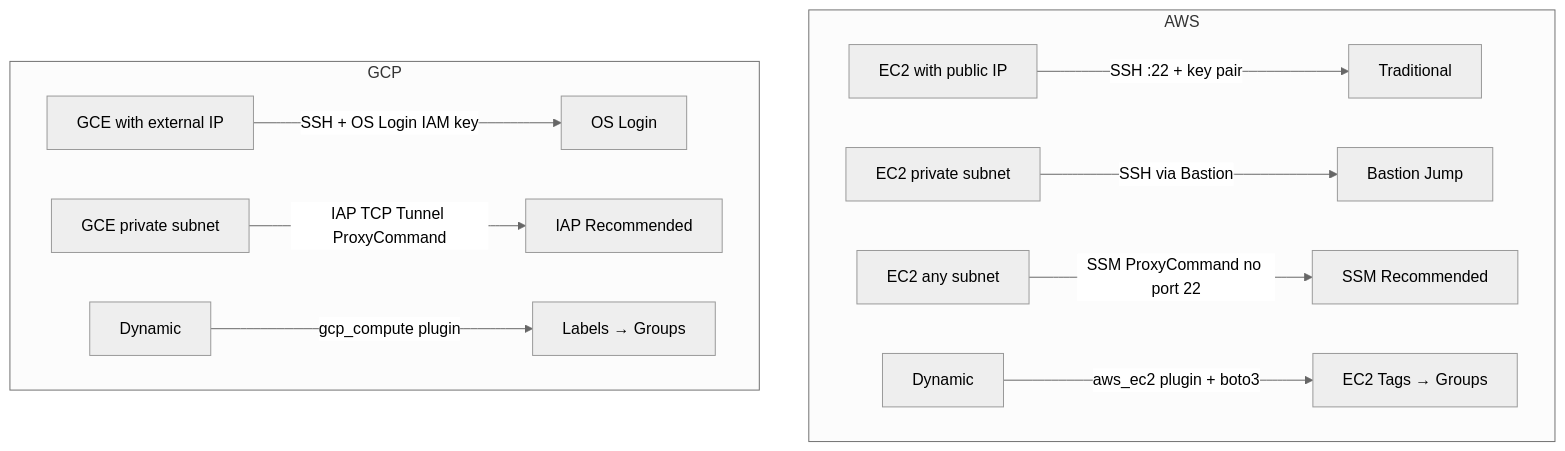
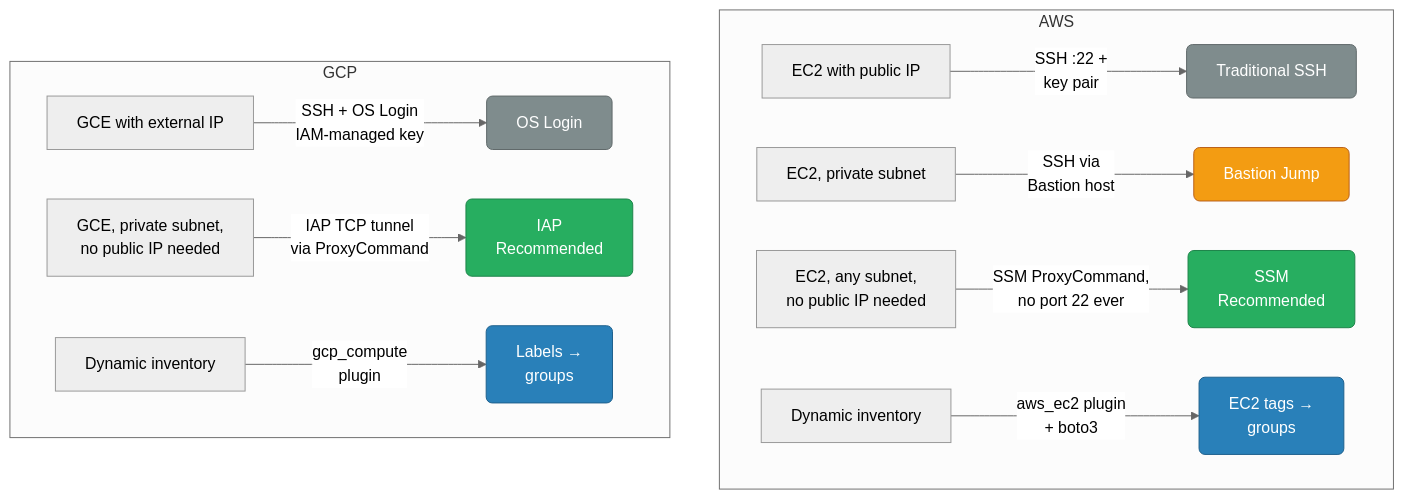
The fifth of 5 diagrams in iac/ansible/cloud-integration.md (deepanshu-rawat6/DevOpsIndex), drawn with Mermaid (neutral theme) before and after one commit. The commit also changed other lines of this file and 17 other files, not shown here.

````diff
--- a/iac/ansible/cloud-integration.md
+++ b/iac/ansible/cloud-integration.md
@@ -568,15 +693,20 @@
 ```mermaid
 graph TD
+    classDef traditional fill:#7f8c8d,stroke:#616a6b,color:#fff,rx:6
+    classDef bastion fill:#f39c12,stroke:#ba6018,color:#fff,rx:6
+    classDef recommended fill:#27ae60,stroke:#1e8449,color:#fff,rx:6
+    classDef dynamic fill:#2980b9,stroke:#1f618d,color:#fff,rx:6
+
     subgraph "AWS"
-        A1[EC2 with public IP] -->|"SSH :22 + key pair"| B1[Traditional]
-        A2[EC2 private subnet] -->|"SSH via Bastion"| B2[Bastion Jump]
-        A3[EC2 any subnet] -->|"SSM ProxyCommand no port 22"| B3[SSM Recommended]
-        A4[Dynamic] -->|"aws_ec2 plugin + boto3"| B4[EC2 Tags → Groups]
+        A1["EC2 with public IP"] -->|"SSH :22 +<br/>key pair"| B1["Traditional SSH"]:::traditional
+        A2["EC2, private subnet"] -->|"SSH via<br/>Bastion host"| B2["Bastion Jump"]:::bastion
+        A3["EC2, any subnet,<br/>no public IP needed"] -->|"SSM ProxyCommand,<br/>no port 22 ever"| B3["SSM<br/>Recommended"]:::recommended
+        A4["Dynamic inventory"] -->|"aws_ec2 plugin<br/>+ boto3"| B4["EC2 tags →<br/>groups"]:::dynamic
     end
 
     subgraph "GCP"
-        C1[GCE with external IP] -->|"SSH + OS Login IAM key"| D1[OS Login]
-        C2[GCE private subnet] -->|"IAP TCP Tunnel ProxyCommand"| D2[IAP Recommended]
-        C3[Dynamic] -->|"gcp_compute plugin"| D3[Labels → Groups]
+        C1["GCE with external IP"] -->|"SSH + OS Login<br/>IAM-managed key"| D1["OS Login"]:::traditional
+        C2["GCE, private subnet,<br/>no public IP needed"] -->|"IAP TCP tunnel<br/>via ProxyCommand"| D2["IAP<br/>Recommended"]:::recommended
+        C3["Dynamic inventory"] -->|"gcp_compute<br/>plugin"| D3["Labels →<br/>groups"]:::dynamic
     end
 ```
````
